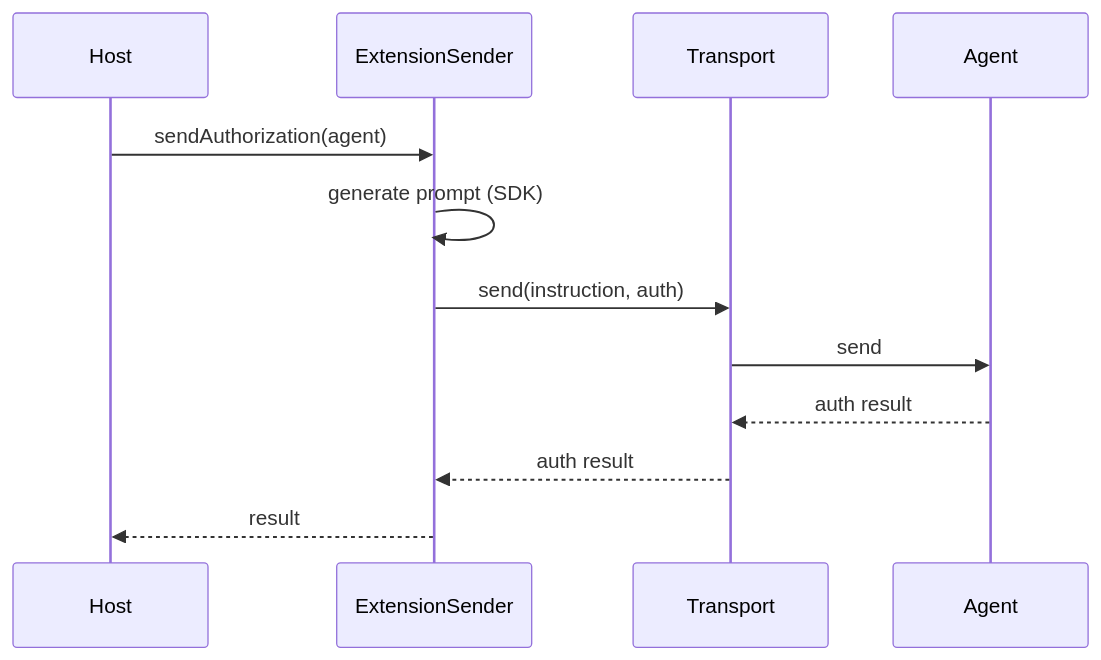
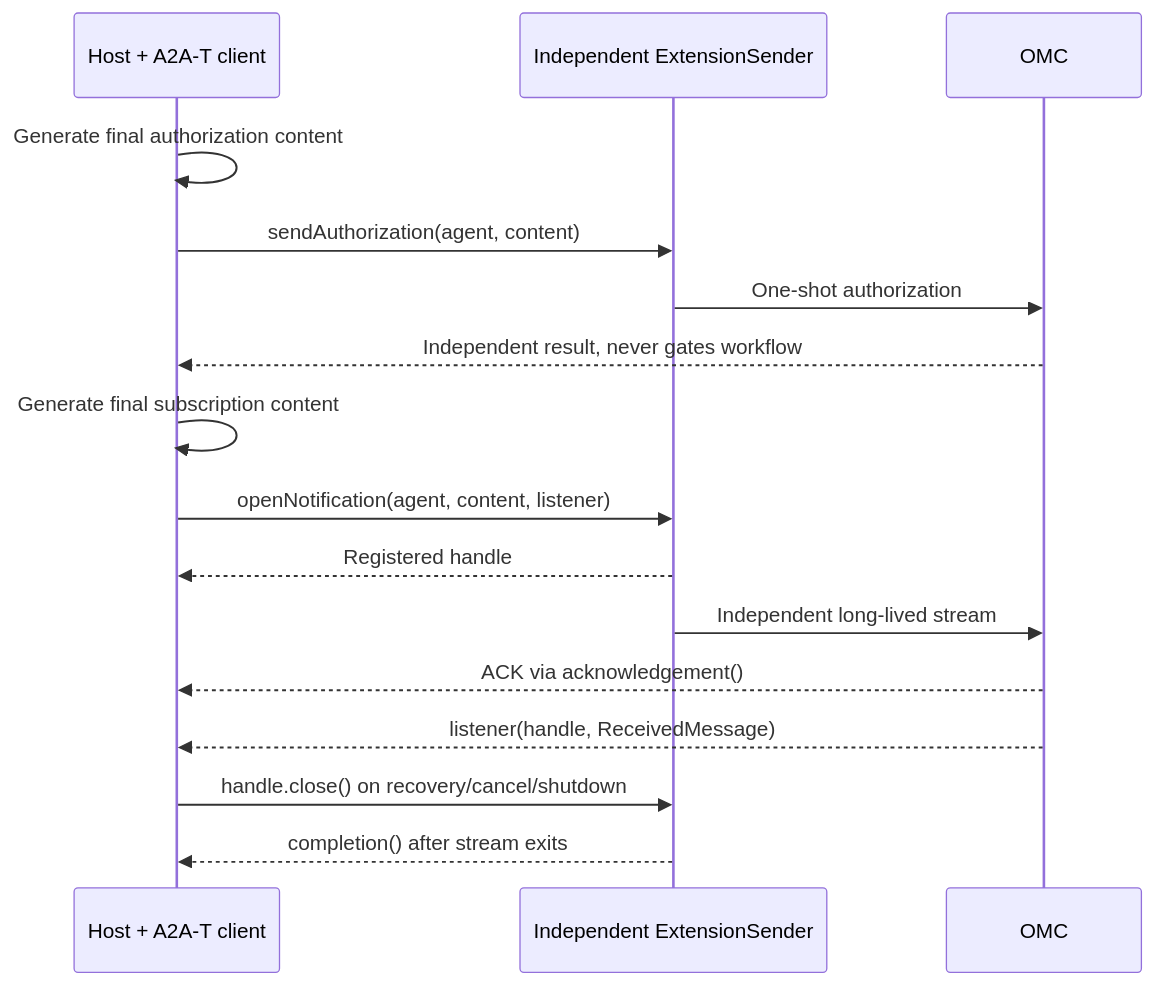
One commit to Zhoujie628/workflow-engine-sdk-java changed the third of 3 diagrams in docs/en/DESIGN.md. Above: the diagram before and after it, drawn with Mermaid. The commit also changed other lines of this file and 14 other files, not shown here.

````diff
--- a/docs/en/DESIGN.md
+++ b/docs/en/DESIGN.md
@@ -263,15 +200,18 @@
 ```mermaid
 sequenceDiagram
-    participant H as Host
-    participant ES as ExtensionSender
-    participant T as Transport
-    participant A as Agent
-
-    H->>ES: sendAuthorization(agent)
-    ES->>ES: generate prompt (SDK)
-    ES->>T: send(instruction, auth)
-    T->>A: send
-    A-->>T: auth result
-    T-->>ES: auth result
-    ES-->>H: result
+    participant H as Host + A2A-T client
+    participant ES as Independent ExtensionSender
+    participant A as OMC
+    H->>H: Generate final authorization content
+    H->>ES: sendAuthorization(agent, content)
+    ES->>A: One-shot authorization
+    A-->>H: Independent result, never gates workflow
+    H->>H: Generate final subscription content
+    H->>ES: openNotification(agent, content, listener)
+    ES-->>H: Registered handle
+    ES->>A: Independent long-lived stream
+    A-->>H: ACK via acknowledgement()
+    A-->>H: listener(handle, ReceivedMessage)
+    H->>ES: handle.close() on recovery/cancel/shutdown
+    ES-->>H: completion() after stream exits
 ```
````
